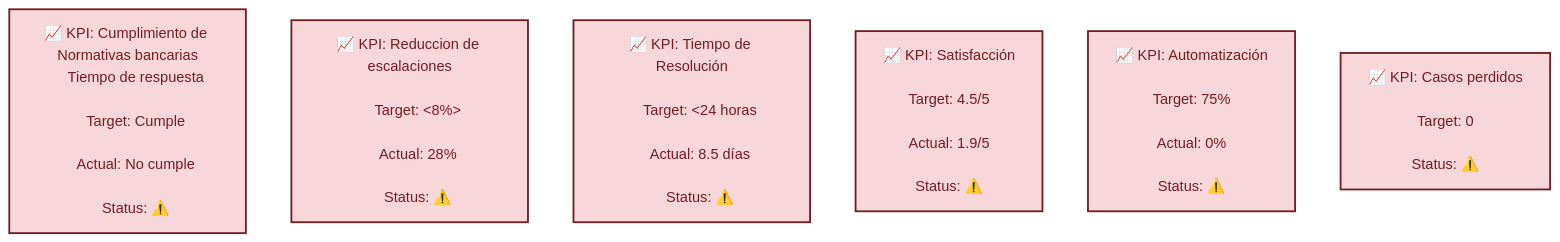
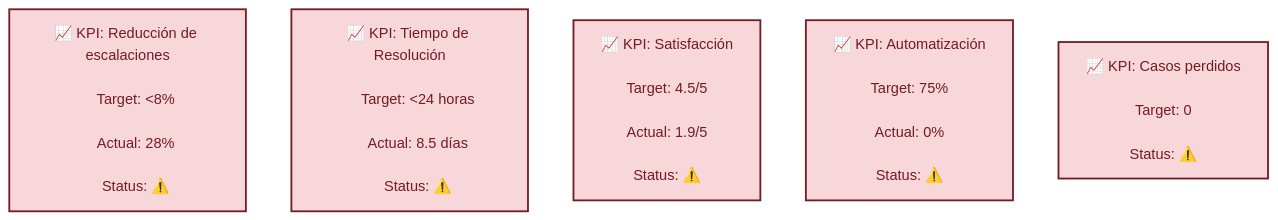
One commit to fgomezman/Sisto-Bank-Proposal changed the first of 4 diagrams in docs/index.md. Above: the diagram before and after it, drawn with Mermaid. The commit also changed other lines of this file and 4 other files, not shown here.

````diff
--- a/docs/index.md
+++ b/docs/index.md
@@ -5,38 +4,39 @@
 ```mermaid
 %%{init: {'flowchart': {'layout': 'dagre'}}}%%
+flowchart TB
 
-flowchart TB
-    KPI5["📈 KPI: Cumplimiento de Normativas bancarias
-    Tiempo de respuesta<br/>
-    Target: Cumple<br/>
-    Actual: No cumple<br/>
-    Status: ⚠️"]
-    KPI6["📈 KPI: Reduccion de escalaciones<br/>
-    Target: <8%><br/>
+
+
+    KPI6["📈 KPI: Reducción de escalaciones<br/>
+    Target: <8%<br/>
     Actual: 28%<br/>
     Status: ⚠️"]
+
     KPI1["📈 KPI: Tiempo de Resolución<br/>
-    Target: &lt;24 horas<br/>
+    Target: <24 horas<br/>
     Actual: 8.5 días<br/>
     Status: ⚠️"]
+
     KPI2["📈 KPI: Satisfacción<br/>
     Target: 4.5/5<br/>
     Actual: 1.9/5<br/>
     Status: ⚠️"]
+
     KPI3["📈 KPI: Automatización<br/>
     Target: 75%<br/>
     Actual: 0%<br/>
     Status: ⚠️"]
+
     KPI4["📈 KPI: Casos perdidos<br/>
     Target: 0<br/>
     Status: ⚠️"]
 
+    KPI1:::warning
+    KPI2:::warning
+    KPI3:::warning
+    KPI4:::warning
+    KPI6:::warning
 
-     KPI1:::warning
-     KPI2:::warning
-     KPI3:::warning
-     KPI4:::warning
-     KPI5:::warning
-     KPI6:::warning
     classDef warning fill:#F8D7DA,stroke:#721C24,stroke-width:2px,color:#721C24
+
 ```
````
